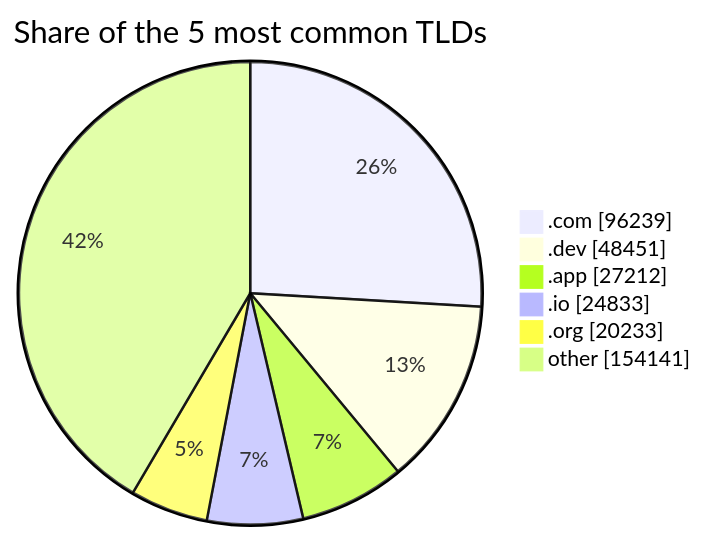
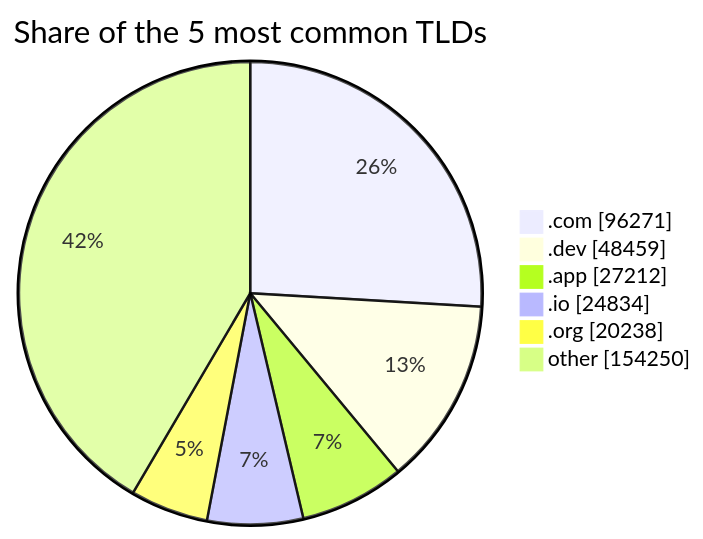
Before and after one commit to DNSBunker/CTI: the third of 3 diagrams in README.md, drawn with Mermaid. The commit also changed other lines of this file and 3 other files, not shown here.

````diff
--- a/README.md
+++ b/README.md
@@ -81,9 +81,9 @@
 ```mermaid
 pie showData title Share of the 5 most common TLDs
-    ".com" : 96239
-    ".dev" : 48451
+    ".com" : 96271
+    ".dev" : 48459
     ".app" : 27212
-    ".io" : 24833
-    ".org" : 20233
-    "other" : 154141
+    ".io" : 24834
+    ".org" : 20238
+    "other" : 154250
 ```
````
